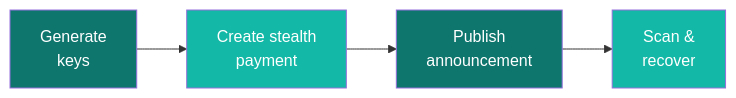
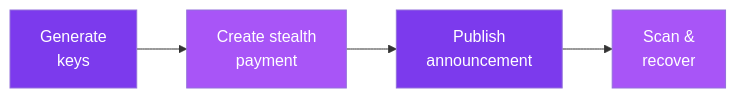
One commit to specter-privacy/docs changed the diagram in docs/getting-started/quickstart.mdx. Above: the diagram before and after it, drawn with Mermaid. The commit also changed other lines of this file and 81 other files, not shown here.

````diff
--- a/docs/getting-started/quickstart.mdx
+++ b/docs/getting-started/quickstart.mdx
@@ -12,11 +12,11 @@
 ```mermaid
 flowchart LR
     A["Generate\nkeys"] --> B["Create stealth\npayment"]
     B --> C["Publish\nannouncement"]
     C --> D["Scan &\nrecover"]
 
-    style A fill:#0F766E,color:#fff
-    style B fill:#14B8A6,color:#fff
-    style C fill:#0F766E,color:#fff
-    style D fill:#14B8A6,color:#fff
+    style A fill:#7c3aed,color:#fff
+    style B fill:#a855f7,color:#fff
+    style C fill:#7c3aed,color:#fff
+    style D fill:#a855f7,color:#fff
 ```
````
